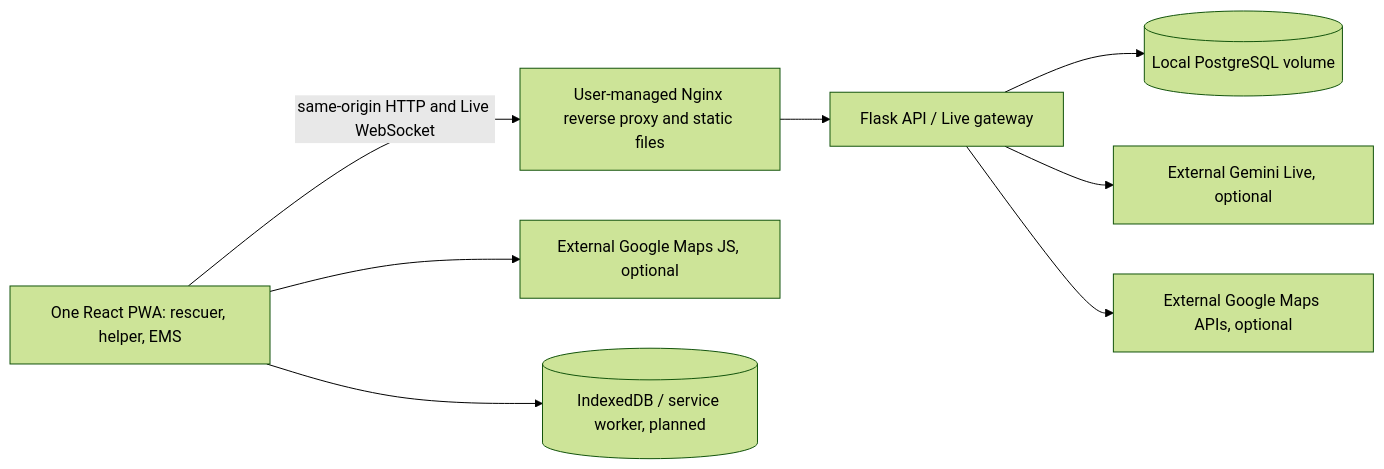
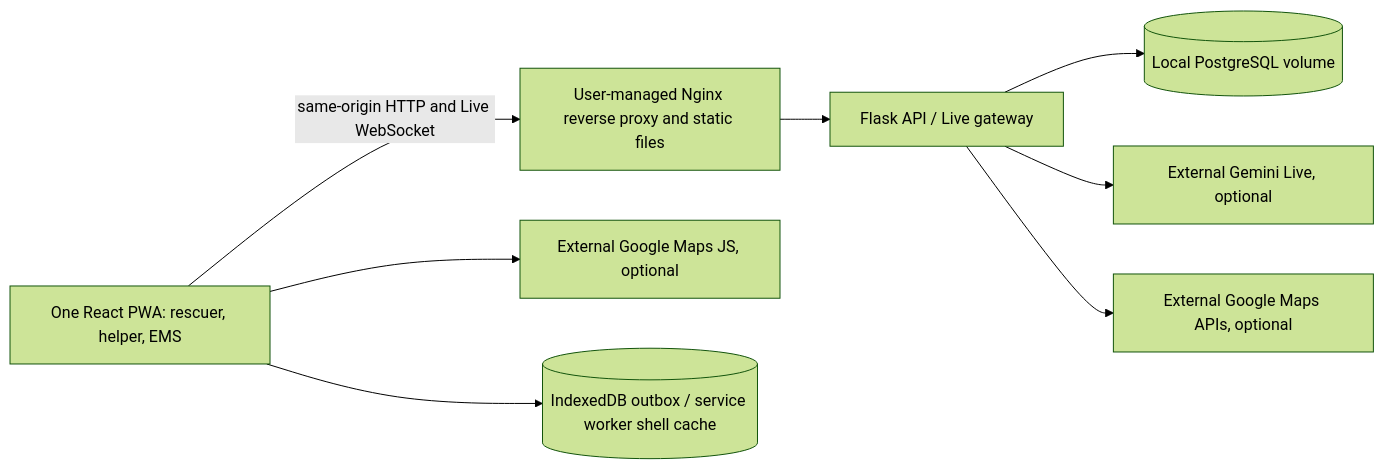
The first of 2 diagrams in docs/sdd.md (EricHuang0302/mchackathon), drawn with Mermaid (forest theme) before and after one commit. The commit also changed other lines of this file and 18 other files, not shown here.

````diff
--- a/docs/sdd.md
+++ b/docs/sdd.md
@@ -38,10 +38,10 @@
 ```mermaid
 flowchart LR
     Browser[One React PWA: rescuer, helper, EMS] -->|same-origin HTTP and Live WebSocket| Nginx[User-managed Nginx reverse proxy and static files]
     Nginx --> API[Flask API / Live gateway]
     API --> DB[(Local PostgreSQL volume)]
     API --> Gemini[External Gemini Live, optional]
     API --> MapsAPI[External Google Maps APIs, optional]
     Browser --> MapsUI[External Google Maps JS, optional]
-    Browser --> Local[(IndexedDB / service worker, planned)]
+    Browser --> Local[(IndexedDB outbox / service worker shell cache)]
 ```
````
